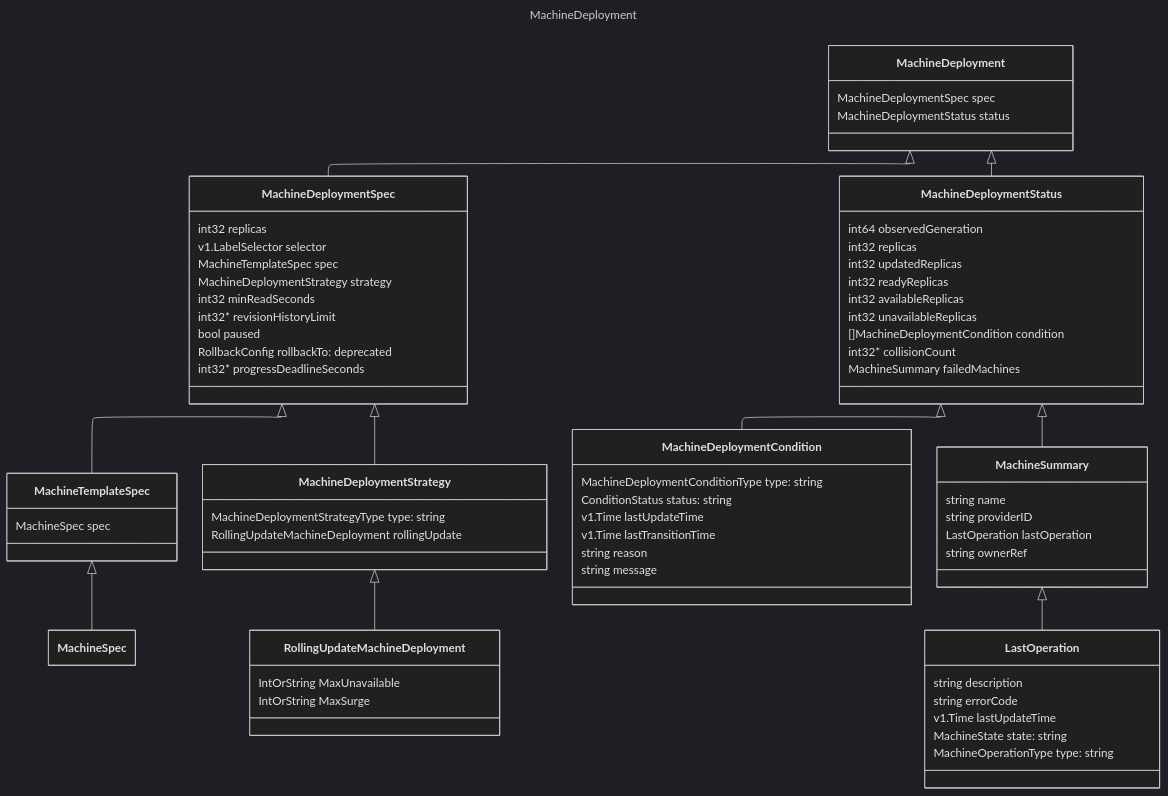
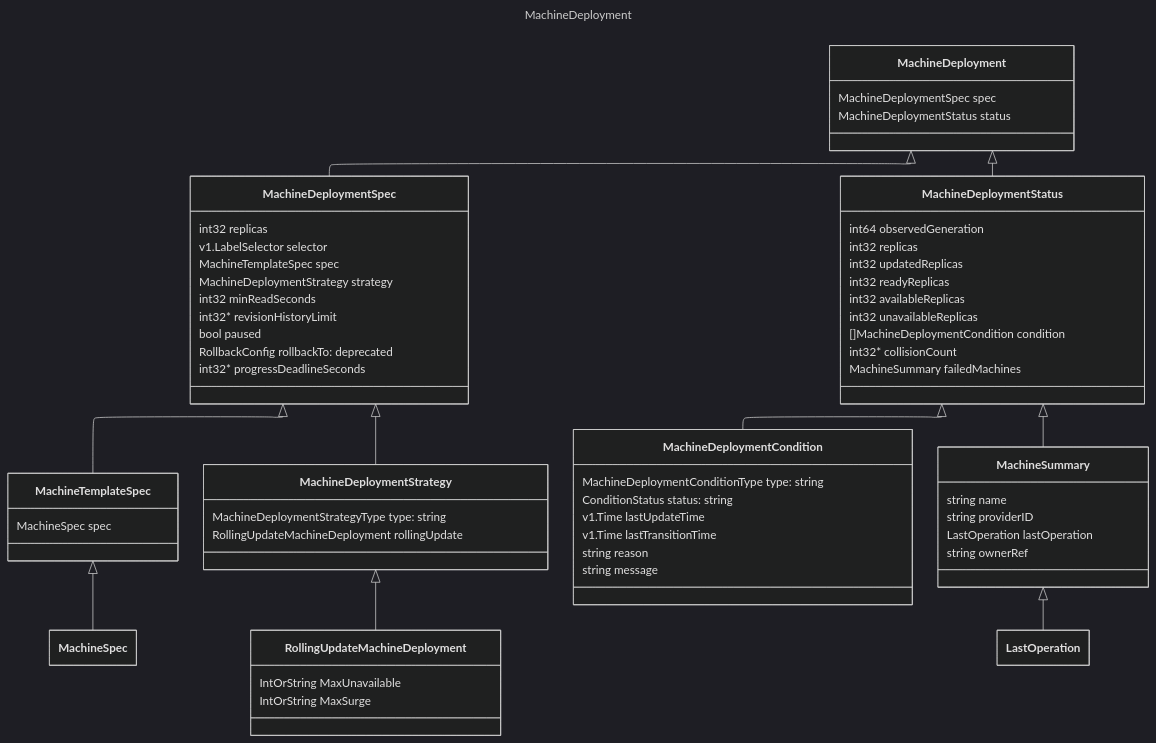
The third of 4 diagrams in content/notes/20241129T160749--mcm__k8s_sap_work.md (brongulus/brongulus.github.io), drawn with Mermaid (dark theme) before and after one commit. The commit also changed other lines of this file and 10 other files, not shown here.

Commit message:
Fix mermaid labels on resize

````diff
--- a/content/notes/20241129T160749--mcm__k8s_sap_work.md
+++ b/content/notes/20241129T160749--mcm__k8s_sap_work.md
@@ -206,12 +206,4 @@
    string ownerRef
    }
 
-   class LastOperation{
-   string description
-   string errorCode
-   v1.Time lastUpdateTime
-   MachineState state: string
-   MachineOperationType type: string
-   }
-
 ```
````
